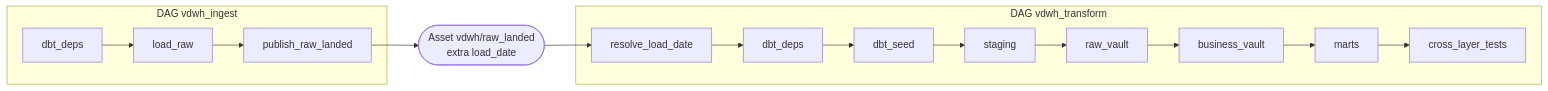
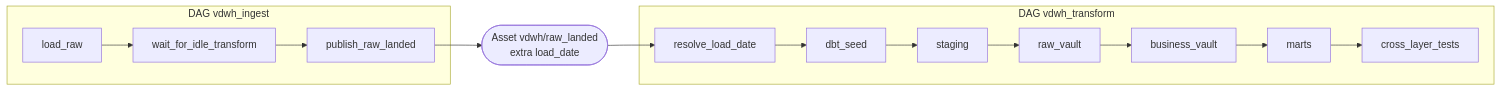
One commit to aglivin/vault-lakehouse-migration changed the sixth of 6 diagrams in README.md. Above: the diagram before and after it, drawn with Mermaid. The commit also changed other lines of this file, not shown here.

Commit message:
docs: airflow diagram matches the sensor and no dbt deps task

````diff
--- a/README.md
+++ b/README.md
@@ -216,11 +216,11 @@
 ```mermaid
 flowchart LR
     subgraph ING["DAG vdwh_ingest"]
-        D1["dbt_deps"] --> LRAW["load_raw"] --> PUB["publish_raw_landed"]
+        LRAW["load_raw"] --> WAIT["wait_for_idle_transform"] --> PUB["publish_raw_landed"]
     end
     PUB --> AST(["Asset vdwh/raw_landed<br/>extra load_date"])
     AST --> RLD
     subgraph TRF["DAG vdwh_transform"]
-        RLD["resolve_load_date"] --> D2["dbt_deps"] --> SEED["dbt_seed"] --> ST["staging"] --> RV["raw_vault"] --> BV["business_vault"] --> MA["marts"] --> XT["cross_layer_tests"]
+        RLD["resolve_load_date"] --> SEED["dbt_seed"] --> ST["staging"] --> RV["raw_vault"] --> BV["business_vault"] --> MA["marts"] --> XT["cross_layer_tests"]
     end
 ```
````
